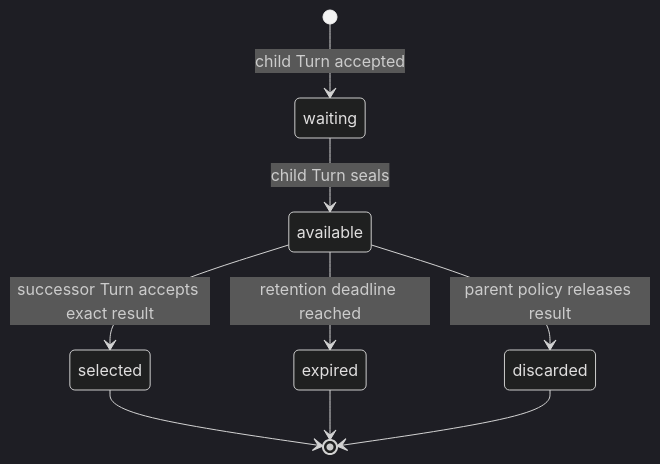
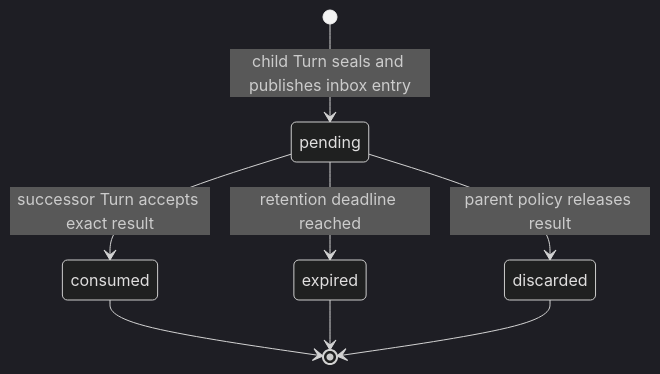
One commit to converge-ai-labs/agent-foundation changed the second of 2 diagrams in spec/foundation-service/18-async-subagents.md. Above: the diagram before and after it, drawn with Mermaid (dark theme). The commit also changed other lines of this file and 26 other files, not shown here.

````diff
--- a/spec/foundation-service/18-async-subagents.md
+++ b/spec/foundation-service/18-async-subagents.md
@@ -89,11 +97,10 @@
 ```mermaid
 stateDiagram-v2
-    [*] --> waiting: child Turn accepted
-    waiting --> available: child Turn seals
-    available --> selected: successor Turn accepts exact result
-    available --> expired: retention deadline reached
-    available --> discarded: parent policy releases result
-    selected --> [*]
+    [*] --> pending: child Turn seals and publishes inbox entry
+    pending --> consumed: successor Turn accepts exact result
+    pending --> expired: retention deadline reached
+    pending --> discarded: parent policy releases result
+    consumed --> [*]
     expired --> [*]
     discarded --> [*]
 ```
````
